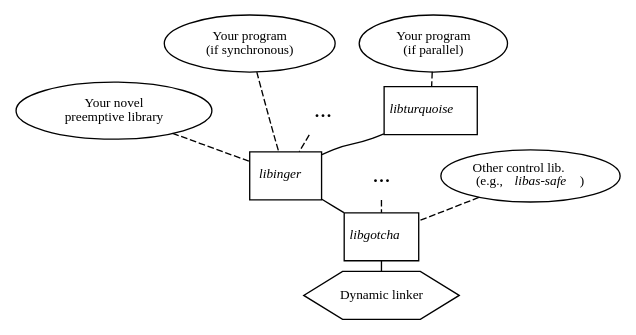
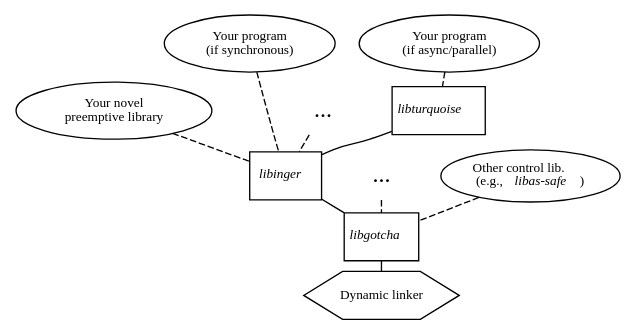
One commit to solb/thesis changed the diagram in figs/architecture.dot. Above: the diagram before and after it, drawn with Graphviz.

Commit message:
figs/architecture.dot: Mention that async programs are also welcome

```diff
--- a/figs/architecture.dot
+++ b/figs/architecture.dot
@@ -1,58 +1,58 @@
 strict graph {
 	margin=0;
 	ranksep=0;
 
 	node [fontsize=10,margin=0.05];
 
 	{
 		node [shape=hexagon];
 
 		rtld [label="Dynamic linker"];
 	}
 
 	{
 		node [shape=box];
 
 		libgotcha [label=<<i>libgotcha</i>>];
 	}
 
 	{
 		libinger [shape=box,label=<<i>libinger</i>>];
 		elipsister [shape=none,label="...",fontsize=18];
 		libassafe [shape=oval,label=<Other control lib.<br/>(e.g., <i>libas-safe</i>)>];
 	}
 
 	{
 		clientlib [shape=oval,label="Your novel\npreemptive library"];
 		elipsis [shape=none,label="...",fontsize=18];
 		libturquoise [shape=box,label=<<i>libturquoise</i>>];
 	}
 
 	{
 		node [shape=oval];
 
 		serialclient [label="Your program\n(if synchronous)"];
-		parallelclient [label="Your program\n(if parallel)"];
+		parallelclient [label="Your program\n(if async/parallel)"];
 	}
 
 	libturquoise -- libinger;
 	libinger -- libgotcha;
 	libgotcha -- rtld;
 
 	{
 		edge [style=dashed];
 
 		serialclient -- libinger;
 		clientlib -- libinger;
 		elipsis -- libinger;
 		parallelclient -- libturquoise;
 		elipsister -- libgotcha;
 		libassafe -- libgotcha;
 	}
 
 	{
 		edge [style=invisible];
 
 		serialclient -- elipsis;
 	}
 }
```
